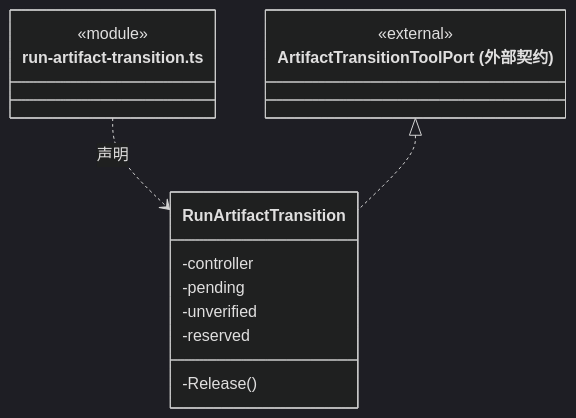
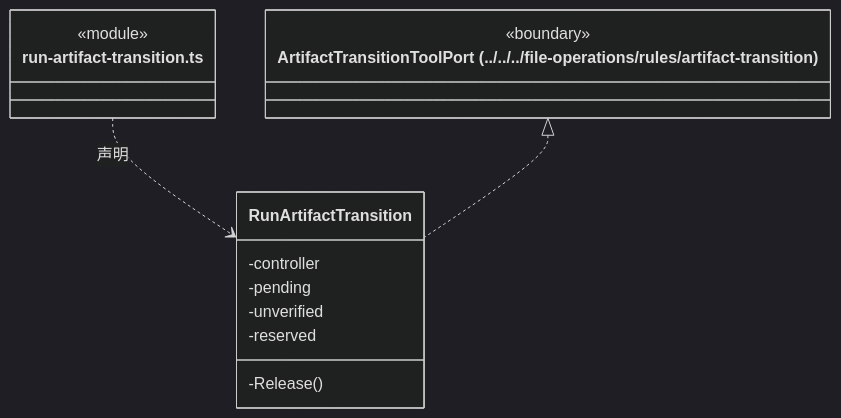
One commit to nan023062/cbim changed the eighth of 18 diagrams in src/logic/execution/rules/capabilities/ARCHITECTURE.md. Above: the diagram before and after it, drawn with Mermaid (dark theme). The commit also changed other lines of this file and 112 other files, not shown here.

Commit message:
docs: align source architecture with current declarations and contracts

````diff
--- a/src/logic/execution/rules/capabilities/ARCHITECTURE.md
+++ b/src/logic/execution/rules/capabilities/ARCHITECTURE.md
@@ -265,18 +265,18 @@
 ```mermaid
 classDiagram
 class N_src_logic_execution_rules_capabilities_run_artifact_transition_ts["run-artifact-transition.ts"] {
   <<module>>
 }
 class N_src_logic_execution_rules_capabilities_run_artifact_transition_ts_RunArtifactTransition["RunArtifactTransition"] {
   -controller
   -pending
   -unverified
   -reserved
   -Release()
 }
 N_src_logic_execution_rules_capabilities_run_artifact_transition_ts ..> N_src_logic_execution_rules_capabilities_run_artifact_transition_ts_RunArtifactTransition : 声明
-class N_src_logic_execution_rules_capabilities_run_artifact_transition_ts_external_ArtifactTransitionToolPort["ArtifactTransitionToolPort (外部契约)"] {
-  <<external>>
+class N_src_logic_execution_rules_capabilities_run_artifact_transition_ts_external_ArtifactTransitionToolPort["ArtifactTransitionToolPort (../../../file-operations/rules/artifact-transition)"] {
+  <<boundary>>
 }
 N_src_logic_execution_rules_capabilities_run_artifact_transition_ts_external_ArtifactTransitionToolPort <|.. N_src_logic_execution_rules_capabilities_run_artifact_transition_ts_RunArtifactTransition
 ```
````
